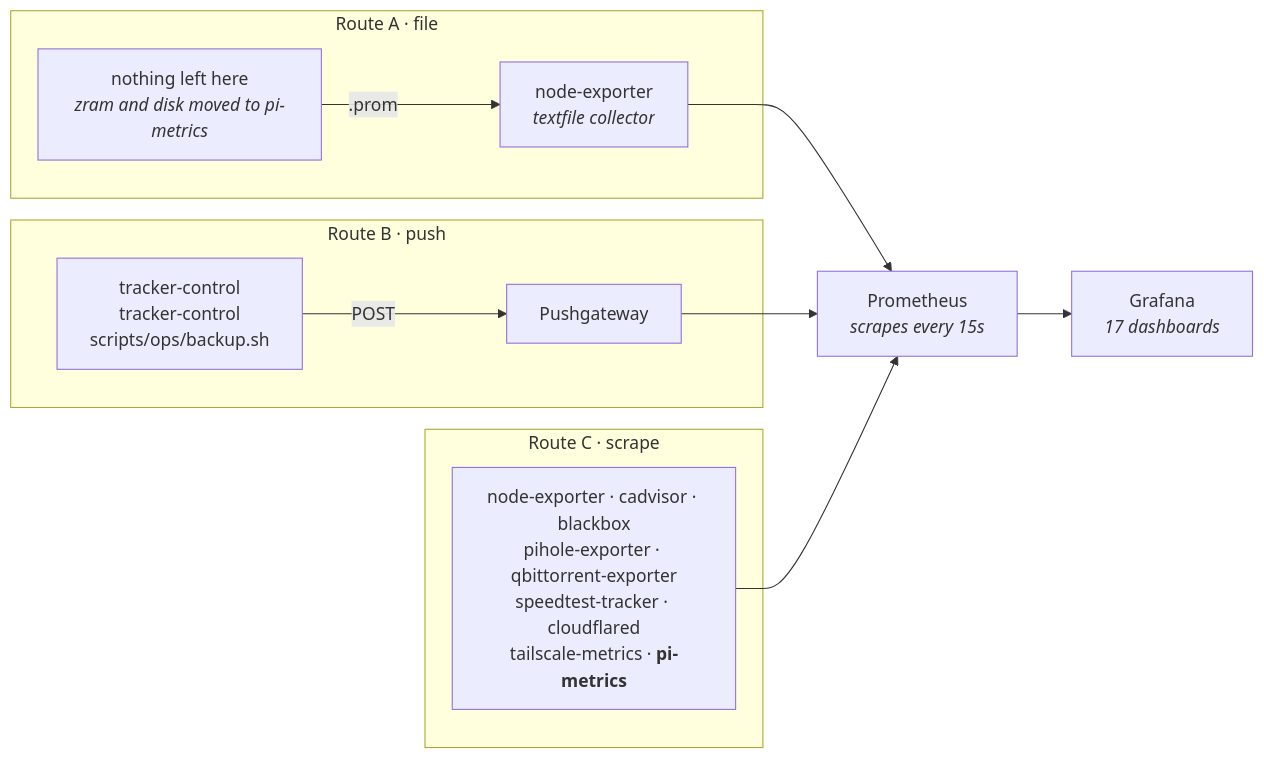
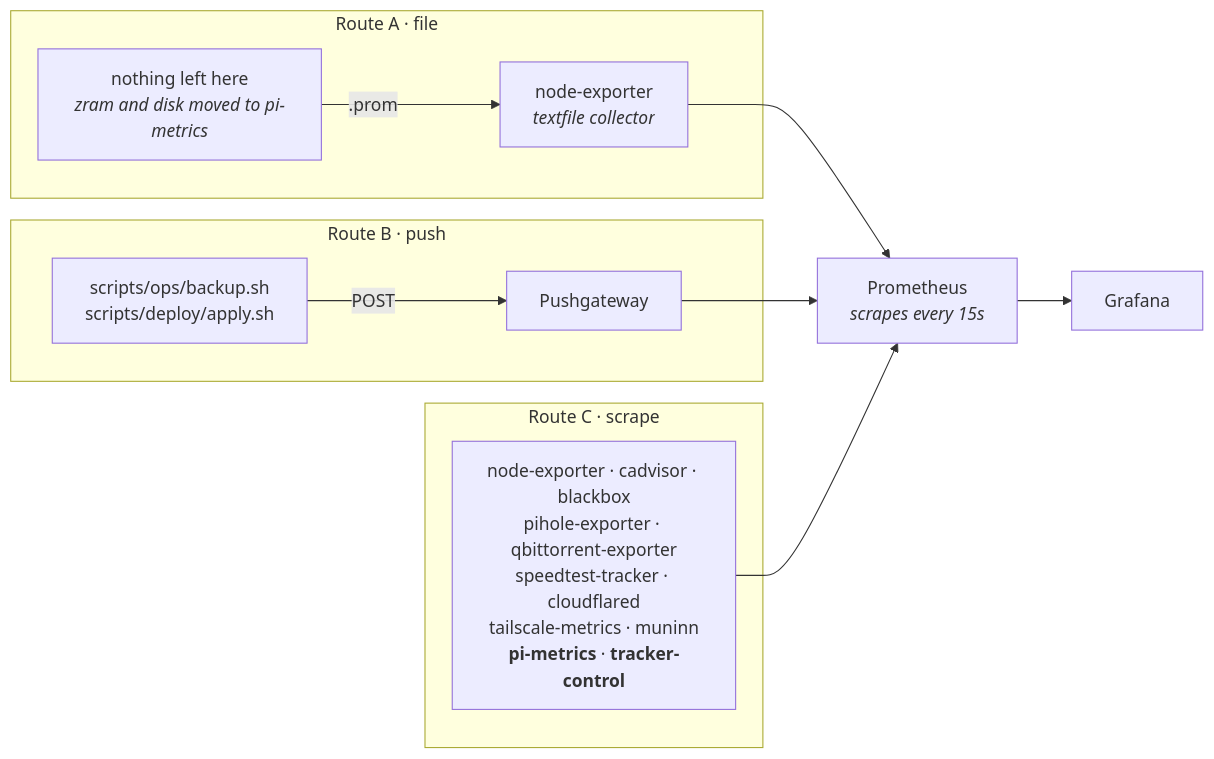
One commit to PlatanosVerdes/rpi-homeserver changed the sixth of 7 diagrams in docs/architecture.md. Above: the diagram before and after it, drawn with Mermaid. The commit also changed other lines of this file and 22 other files, not shown here.

````diff
--- a/docs/architecture.md
+++ b/docs/architecture.md
@@ -264,16 +266,16 @@
 ```mermaid
 flowchart LR
   subgraph A["Route A · file"]
     S1["nothing left here<br/><i>zram and disk moved to pi-metrics</i>"] -->|.prom| NE["node-exporter<br/><i>textfile collector</i>"]
   end
   subgraph B["Route B · push"]
-    S2["tracker-control<br/>tracker-control<br/>scripts/ops/backup.sh"] -->|POST| PG["Pushgateway"]
+    S2["scripts/ops/backup.sh<br/>scripts/deploy/apply.sh"] -->|POST| PG["Pushgateway"]
   end
   subgraph C["Route C · scrape"]
-    EX["node-exporter · cadvisor · blackbox<br/>pihole-exporter · qbittorrent-exporter<br/>speedtest-tracker · cloudflared<br/>tailscale-metrics · <b>pi-metrics</b>"]
+    EX["node-exporter · cadvisor · blackbox<br/>pihole-exporter · qbittorrent-exporter<br/>speedtest-tracker · cloudflared<br/>tailscale-metrics · muninn<br/><b>pi-metrics</b> · <b>tracker-control</b>"]
   end
   NE --> PROM
   PG --> PROM
   EX --> PROM
-  PROM["Prometheus<br/><i>scrapes every 15s</i>"] --> GR["Grafana<br/><i>17 dashboards</i>"]
+  PROM["Prometheus<br/><i>scrapes every 15s</i>"] --> GR["Grafana"]
 ```
````
